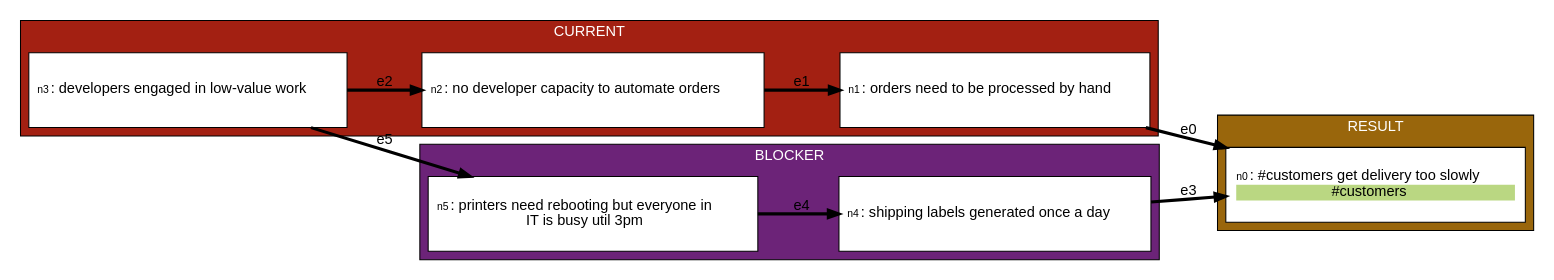
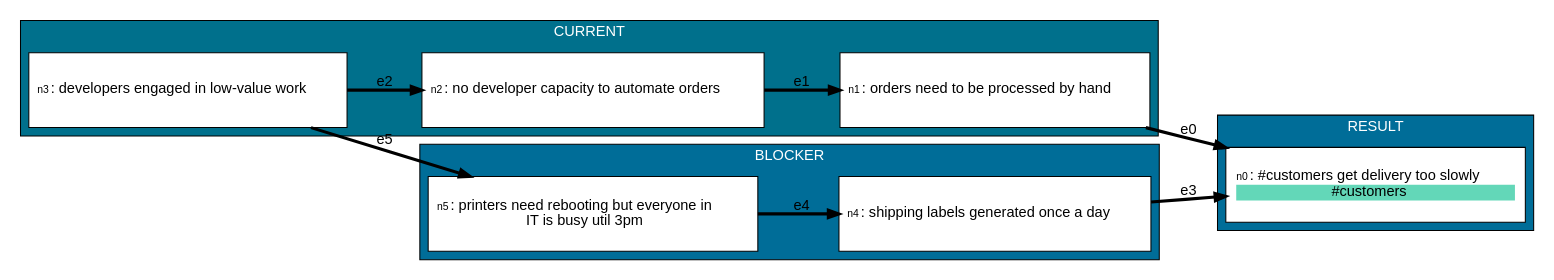
Before and after one commit to stevecooperorg/microdot: the diagram in examples/business_example_1.dot, drawn with Graphviz. The commit also changed 15 other files, not shown here.

```diff
--- a/examples/business_example_1.dot
+++ b/examples/business_example_1.dot
@@ -1,78 +1,78 @@
 digraph {
 
     graph [fontname = "helvetica" rankdir="LR" ranksep=0.75 nodesep=0.5];
-    node [fontname = "helvetica" shape = "box" width=4 style=filled];
+    node [fontname = "helvetica" shape = "box" width=4 height=1 style=filled];
     edge [fontname = "helvetica" penwidth=3 color="#000000"];
 
   subgraph cluster_BLOCKER {
   label="BLOCKER"
-  bgcolor="#6C2378"
+  bgcolor="#006D98"
   fontcolor="#FFFFFF"
-    n4 [width=4 height=1 label=< <TABLE BORDER="0" CELLPADDING="0" CELLSPACING="0">
+    n4 [label=< <TABLE BORDER="0" CELLPADDING="0" CELLSPACING="0">
     <TR>
         <TD COLSPAN="1"><FONT POINT-SIZE="10">n4</FONT>: shipping labels generated once a day</TD>
     </TR>
     
    </TABLE>
 > fillcolor="#FFFFFF"]
-    n5 [width=4 height=1 label=< <TABLE BORDER="0" CELLPADDING="0" CELLSPACING="0">
+    n5 [label=< <TABLE BORDER="0" CELLPADDING="0" CELLSPACING="0">
     <TR>
         <TD COLSPAN="1"><FONT POINT-SIZE="10">n5</FONT>: printers need rebooting but everyone in<br/>IT is busy util 3pm</TD>
     </TR>
     
    </TABLE>
 > fillcolor="#FFFFFF"]
   }
   subgraph cluster_CURRENT {
   label="CURRENT"
-  bgcolor="#A32012"
+  bgcolor="#00708C"
   fontcolor="#FFFFFF"
-    n1 [width=4 height=1 label=< <TABLE BORDER="0" CELLPADDING="0" CELLSPACING="0">
+    n1 [label=< <TABLE BORDER="0" CELLPADDING="0" CELLSPACING="0">
     <TR>
         <TD COLSPAN="1"><FONT POINT-SIZE="10">n1</FONT>: orders need to be processed by hand</TD>
     </TR>
     
    </TABLE>
 > fillcolor="#FFFFFF"]
-    n2 [width=4 height=1 label=< <TABLE BORDER="0" CELLPADDING="0" CELLSPACING="0">
+    n2 [label=< <TABLE BORDER="0" CELLPADDING="0" CELLSPACING="0">
     <TR>
         <TD COLSPAN="1"><FONT POINT-SIZE="10">n2</FONT>: no developer capacity to automate orders</TD>
     </TR>
     
    </TABLE>
 > fillcolor="#FFFFFF"]
-    n3 [width=4 height=1 label=< <TABLE BORDER="0" CELLPADDING="0" CELLSPACING="0">
+    n3 [label=< <TABLE BORDER="0" CELLPADDING="0" CELLSPACING="0">
     <TR>
         <TD COLSPAN="1"><FONT POINT-SIZE="10">n3</FONT>: developers engaged in low-value work</TD>
     </TR>
     
    </TABLE>
 > fillcolor="#FFFFFF"]
   }
   subgraph cluster_RESULT {
   label="RESULT"
-  bgcolor="#99660C"
+  bgcolor="#006D98"
   fontcolor="#FFFFFF"
-    n0 [width=4 height=1 label=< <TABLE BORDER="0" CELLPADDING="0" CELLSPACING="0">
+    n0 [label=< <TABLE BORDER="0" CELLPADDING="0" CELLSPACING="0">
     <TR>
         <TD COLSPAN="1"><FONT POINT-SIZE="10">n0</FONT>: #customers get delivery too slowly</TD>
     </TR>
     
         
            <TR>
-<TD BGCOLOR="#BAD782">#customers</TD>
+<TD BGCOLOR="#63D7B8">#customers</TD>
 </TR>
         
     
    </TABLE>
 > fillcolor="#FFFFFF"]
   }
 
     "n1" -> "n0" [label="e0"];
     "n2" -> "n1" [label="e1"];
     "n3" -> "n2" [label="e2"];
     "n4" -> "n0" [label="e3"];
     "n5" -> "n4" [label="e4"];
     "n3" -> "n5" [label="e5"];
 
 }
```
